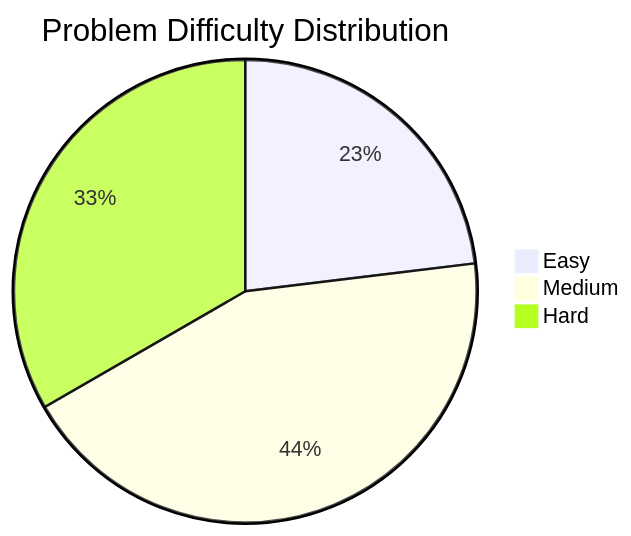
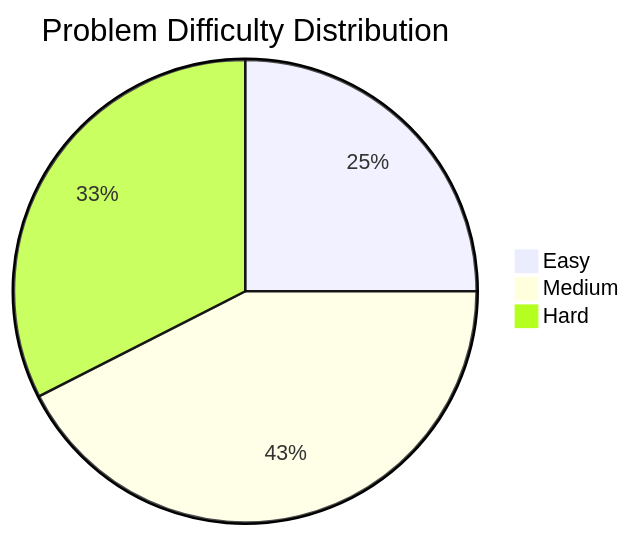
One commit to ernivani/leetcode-solutions changed the first of 2 diagrams in JOURNAL.md. Above: the diagram before and after it, drawn with Mermaid. The commit also changed other lines of this file and 2 other files, not shown here.

````diff
--- a/JOURNAL.md
+++ b/JOURNAL.md
@@ -50,6 +51,6 @@
 ```mermaid
 pie title Problem Difficulty Distribution
-    "Easy" : 9
+    "Easy" : 10
     "Medium" : 17
     "Hard" : 13
 ```
````
